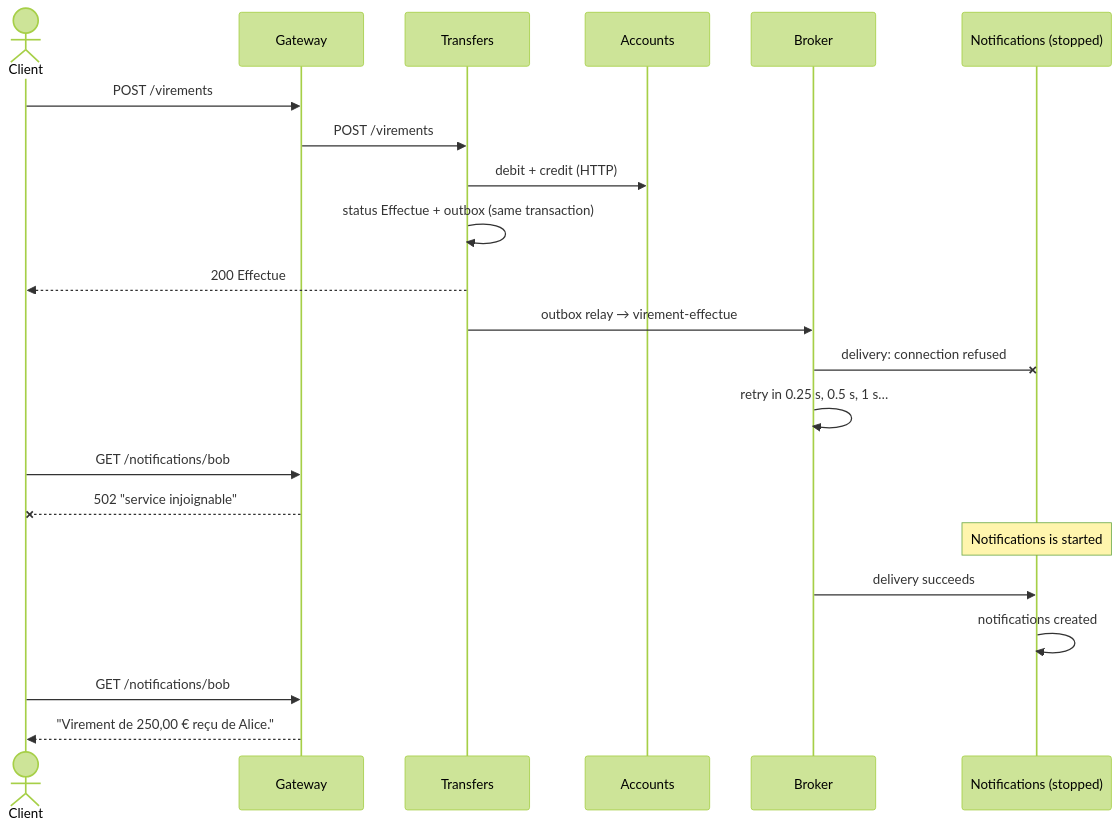
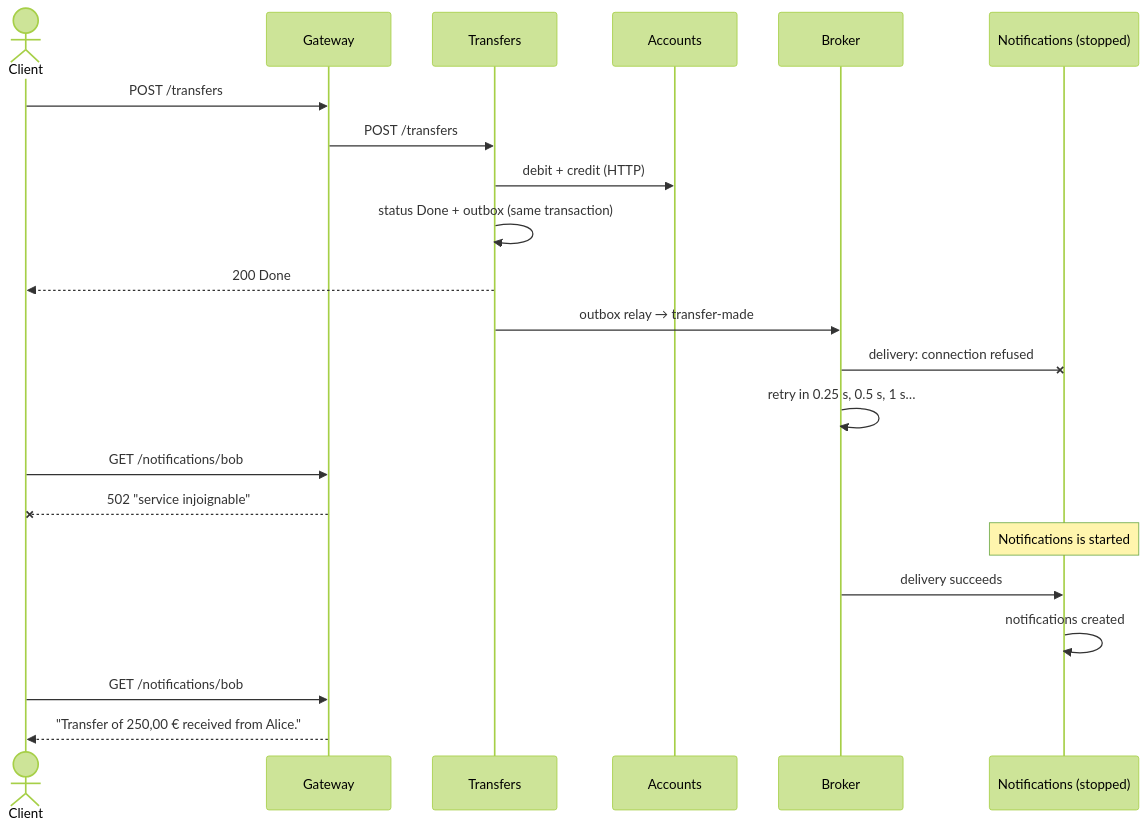
Before and after one commit to drangoht/ArchitecturesDemo: the fourth of 4 diagrams in Docs/en/08-microservices.md, drawn with Mermaid (forest theme). The commit also changed other lines of this file and 78 other files, not shown here.

First line of the commit message:
Docs EN : identifiants, liens, diagrammes et sorties alignés sur le code anglais

````diff
--- a/Docs/en/08-microservices.md
+++ b/Docs/en/08-microservices.md
@@ -224,24 +221,24 @@
 ```mermaid
 sequenceDiagram
     actor Client
     participant P as Gateway
     participant V as Transfers
     participant C as Accounts
     participant K as Broker
     participant N as Notifications (stopped)
-    Client->>P: POST /virements
-    P->>V: POST /virements
+    Client->>P: POST /transfers
+    P->>V: POST /transfers
     V->>C: debit + credit (HTTP)
-    V->>V: status Effectue + outbox (same transaction)
-    V-->>Client: 200 Effectue
-    V->>K: outbox relay → virement-effectue
+    V->>V: status Done + outbox (same transaction)
+    V-->>Client: 200 Done
+    V->>K: outbox relay → transfer-made
     K-xN: delivery: connection refused
     K->>K: retry in 0.25 s, 0.5 s, 1 s…
     Client->>P: GET /notifications/bob
     P--xClient: 502 "service injoignable"
     Note over N: Notifications is started
     K->>N: delivery succeeds
     N->>N: notifications created
     Client->>P: GET /notifications/bob
-    P-->>Client: "Virement de 250,00 € reçu de Alice."
+    P-->>Client: "Transfer of 250,00 € received from Alice."
 ```
````
